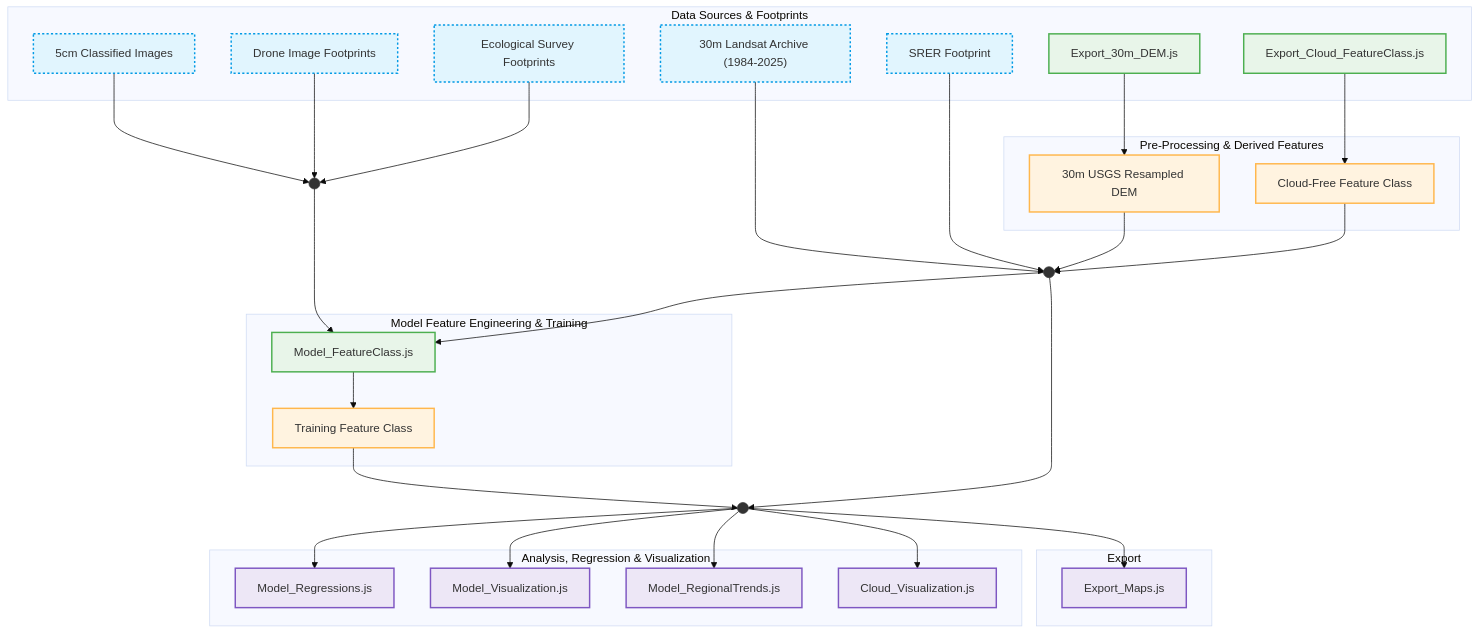
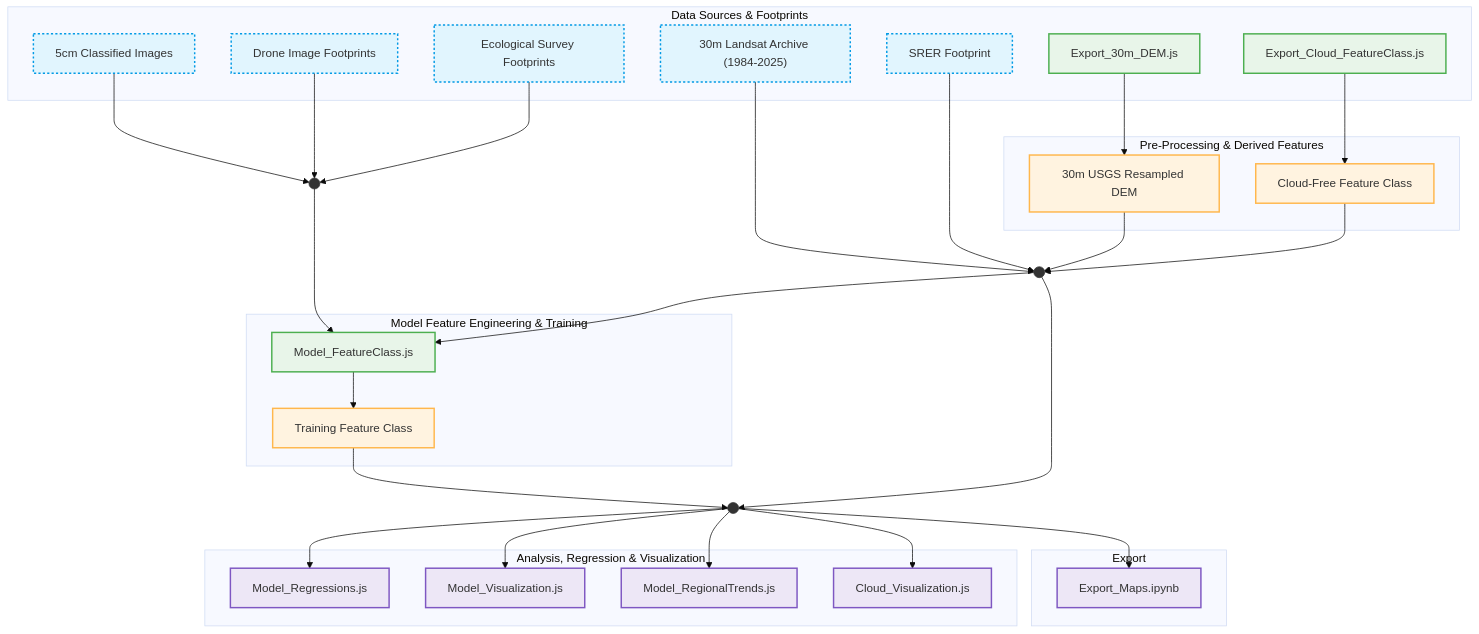
One commit to afullhart/SantaRita changed the diagram in README.md. Above: the diagram before and after it, drawn with Mermaid (base theme).

Commit message:
Rename Export_Maps.js to Export_Maps.ipynb

```diff
--- a/README.md
+++ b/README.md
@@ -48,7 +48,7 @@
   end
 
   subgraph Export [Export]
-    O7["Export_Maps.js"]
+    O7["Export_Maps.ipynb"]
   end
 
   %% --- FLOW CONNECTIONS ---
```
